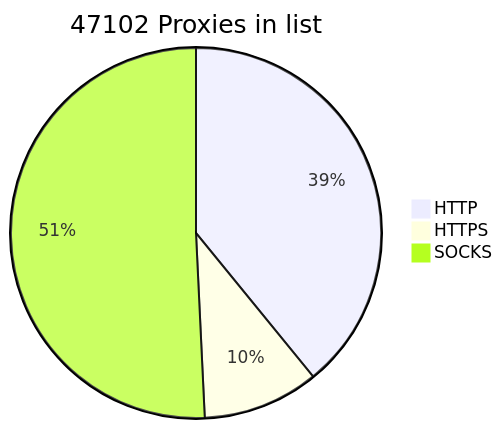
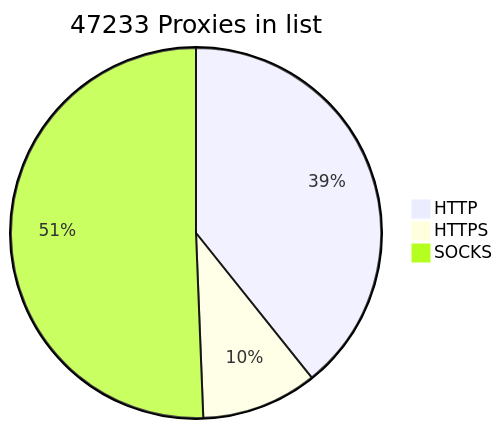
The diagram in README.md (BlackSnowDot/proxylist-update-every-minute), drawn with Mermaid before and after one commit. The commit also changed other lines of this file, not shown here.

````diff
--- a/README.md
+++ b/README.md
@@ -2,6 +2,6 @@
 ```mermaid
-pie title 47102 Proxies in list
-    "HTTP" : 20211
+pie title 47233 Proxies in list
+    "HTTP" : 20342
     "HTTPS": 5240
     "SOCKS" : 26233
 ```
````
